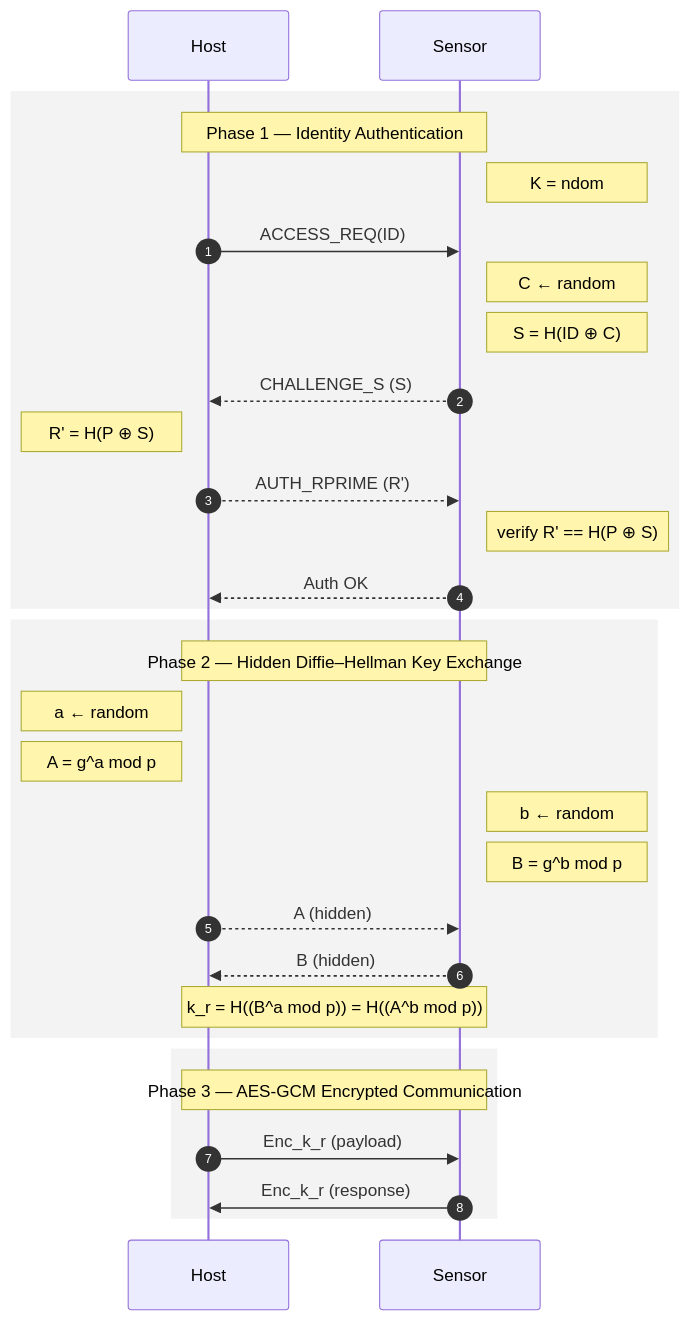
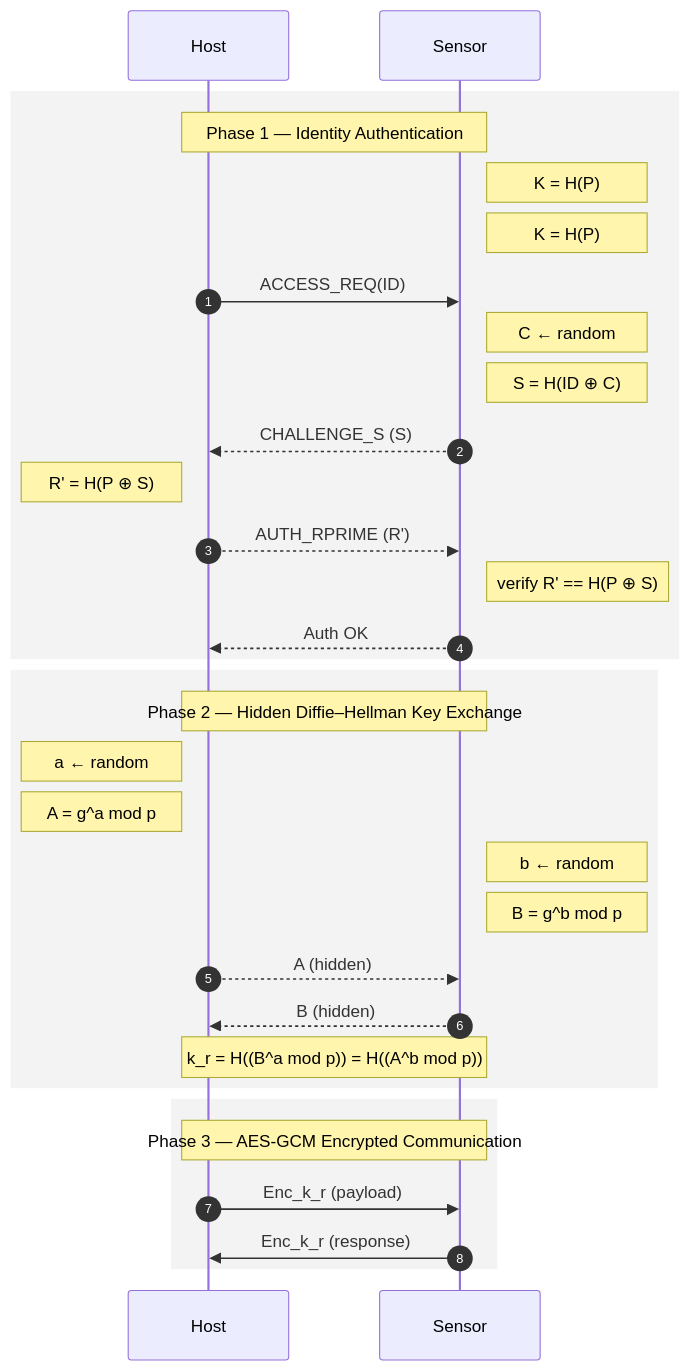
The diagram in all/kr.md (TracerWWW/iodraw-files), drawn with Mermaid before and after one commit.

Commit message:
2026-01-30 02:45:42 update

````diff
--- a/all/kr.md
+++ b/all/kr.md
@@ -1,59 +1,59 @@
 ```mermaid
 sequenceDiagram
     autonumber
     participant Host
     participant Sensor
 
     %% =========================
     %% Phase 1: Identity Authentication
     %% =========================
     rect rgba(220,220,220,0.35)
     Note over Host,Sensor: Phase 1 — Identity Authentication
 
-    Note right of Sensor: K = ndom
-
+    Note right of Sensor: K = H(P)
+    Note right of Sensor: K = H(P)
     Host->>Sensor: ACCESS_REQ(ID)
 
     Note right of Sensor: C ← random
     Note right of Sensor: S = H(ID ⊕ C)
 
     Sensor-->>Host: CHALLENGE_S (S)
 
     Note left of Host: R' = H(P ⊕ S)
 
     Host-->>Sensor: AUTH_RPRIME (R')
 
     Note right of Sensor: verify R' == H(P ⊕ S)
 
     Sensor-->>Host: Auth OK
     end
 
     %% =========================
     %% Phase 2: Hidden Diffie–Hellman
     %% =========================
     rect rgba(220,220,220,0.35)
     Note over Host,Sensor: Phase 2 — Hidden Diffie–Hellman Key Exchange
 
     Note left of Host: a ← random
     Note left of Host: A = g^a mod p
 
     Note right of Sensor: b ← random
     Note right of Sensor: B = g^b mod p
 
     Host-->>Sensor: A (hidden)
     Sensor-->>Host: B (hidden)
 
     Note over Host,Sensor: k_r = H((B^a mod p)) = H((A^b mod p))
     end
 
     %% =========================
     %% Phase 3: Encrypted Communication
     %% =========================
     rect rgba(220,220,220,0.35)
     Note over Host,Sensor: Phase 3 — AES-GCM Encrypted Communication
 
     Host->>Sensor: Enc_k_r (payload)
     Sensor->>Host: Enc_k_r (response)
     end
 
 ```
````
